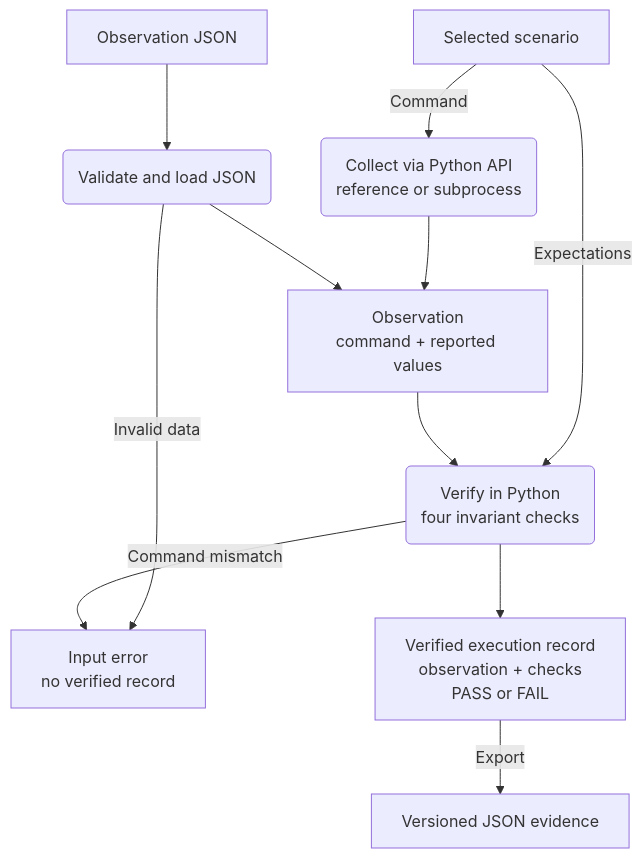
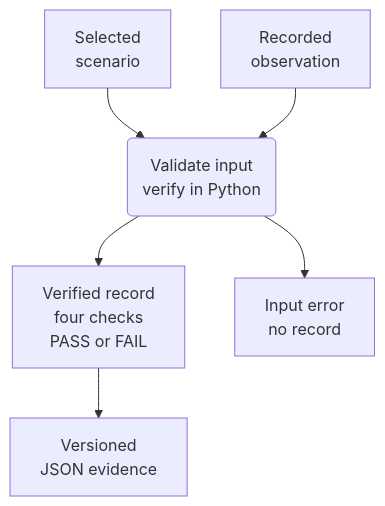
Before and after one commit to NikolayAir/OrbiRig: the diagram in README.md, drawn with Mermaid. The commit also changed other lines of this file and 7 other files, not shown here.

First line of the commit message:
docs: clarify verification guides and compact the README diagram

````diff
--- a/README.md
+++ b/README.md
@@ -45,15 +45,10 @@
 ```mermaid
 flowchart TD
-    accTitle: From an observation to verified evidence
-    accDescr: Observation JSON is validated and loaded, or the Python API collects the result of a command supplied by the selected scenario. The observation and the scenario's separate expectations feed Python verification. Valid, compatible input produces a record with four checks and a PASS or FAIL outcome, which can be exported as versioned JSON. Invalid or incompatible input produces an error without a verified record.
-    saved["Observation JSON"] --> load("Validate and load JSON")
-    scenario["Selected scenario"] -->|Command| collect("Collect via Python API<br/>reference or subprocess")
-    collect --> observation
-    load --> observation["Observation<br/>command + reported values"]
-    scenario -->|Expectations| verifier("Verify in Python<br/>four invariant checks")
-    observation --> verifier
-    load -->|Invalid data| error["Input error<br/>no verified record"]
-    verifier -->|Command mismatch| error
-    verifier --> record["Verified execution record<br/>observation + checks<br/>PASS or FAIL"]
-    record -->|Export| evidence["Versioned JSON evidence"]
+    accTitle: Verification overview
+    accDescr: An explicitly selected scenario and a recorded observation are separate inputs to Python validation and verification. Valid, compatible input produces a record with four checks and a PASS or FAIL outcome, ready for JSON export. Invalid or incompatible input produces an error without a verified record.
+    scenario["Selected<br/>scenario"] --> verifier("Validate input<br/>verify in Python")
+    observation["Recorded<br/>observation"] --> verifier
+    verifier --> record["Verified record<br/>four checks<br/>PASS or FAIL"]
+    verifier --> error["Input error<br/>no record"]
+    record --> evidence["Versioned<br/>JSON evidence"]
 ```
````
